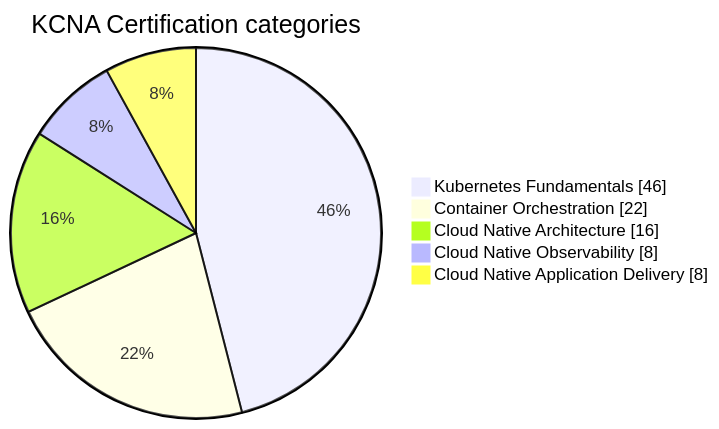
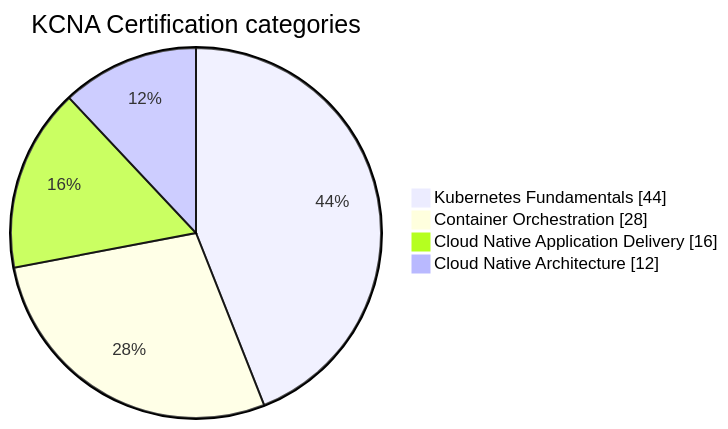
One commit to edithturn/KCNA-training changed the first of 2 diagrams in README.md. Above: the diagram before and after it, drawn with Mermaid. The commit also changed other lines of this file and 3 other files, not shown here.

````diff
--- a/README.md
+++ b/README.md
@@ -13,9 +14,8 @@
 ```mermaid
   pie showData
       title KCNA Certification categories
-      "Kubernetes Fundamentals" : 46
-      "Container Orchestration" : 22
-      "Cloud Native Architecture" : 16
-      "Cloud Native Observability" : 8
-      "Cloud Native Application Delivery" : 8
+      "Kubernetes Fundamentals" : 44
+      "Container Orchestration" : 28
+      "Cloud Native Application Delivery" : 16
+      "Cloud Native Architecture" : 12
 ```
````
